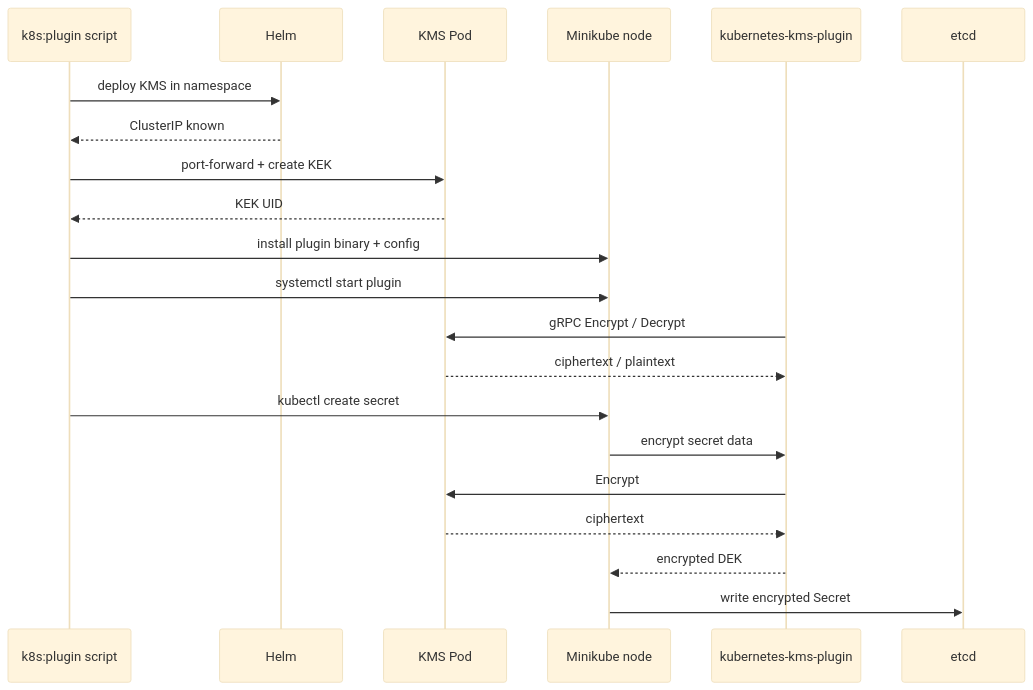
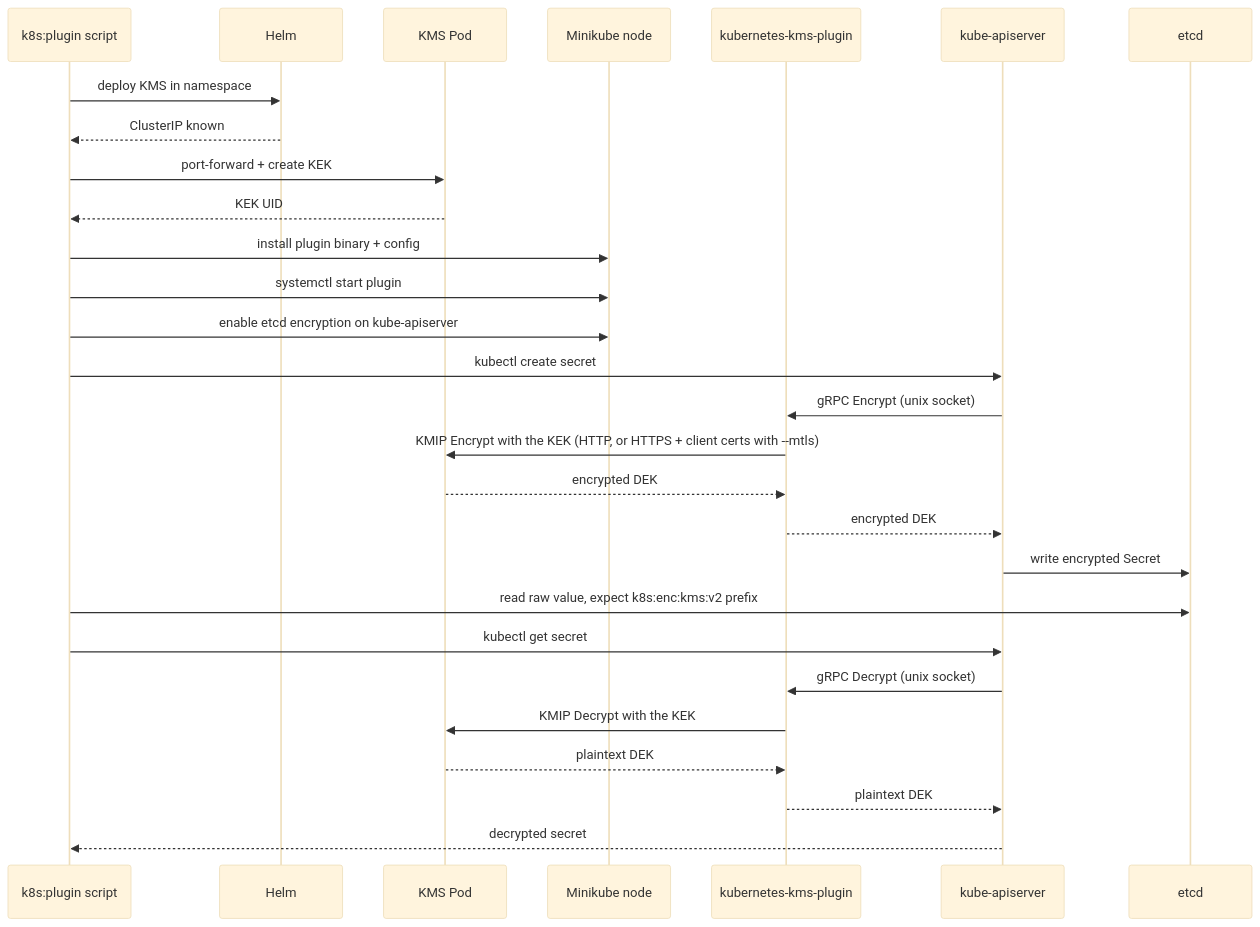
One commit to Cosmian/kms changed diagram 46 of 60 in .mise/tasks/test/README.md. Above: the diagram before and after it, drawn with Mermaid (base theme). The commit also changed other lines of this file and 31 other files, not shown here.

````diff
--- a/.mise/tasks/test/README.md
+++ b/.mise/tasks/test/README.md
@@ -1370,23 +1392,31 @@
 ```mermaid
 sequenceDiagram
     participant Test as k8s:plugin script
     participant Helm as Helm
     participant KMS as KMS Pod
     participant Node as Minikube node
     participant Plugin as kubernetes-kms-plugin
+    participant API as kube-apiserver
+    participant etcd as etcd
 
     Test->>Helm: deploy KMS in namespace
     Helm-->>Test: ClusterIP known
     Test->>KMS: port-forward + create KEK
     KMS-->>Test: KEK UID
     Test->>Node: install plugin binary + config
     Test->>Node: systemctl start plugin
-    Plugin->>KMS: gRPC Encrypt / Decrypt
-    KMS-->>Plugin: ciphertext / plaintext
-    Test->>Node: kubectl create secret
-    Node->>Plugin: encrypt secret data
-    Plugin->>KMS: Encrypt
-    KMS-->>Plugin: ciphertext
-    Plugin-->>Node: encrypted DEK
-    Node->>etcd: write encrypted Secret
+    Test->>Node: enable etcd encryption on kube-apiserver
+    Test->>API: kubectl create secret
+    API->>Plugin: gRPC Encrypt (unix socket)
+    Plugin->>KMS: KMIP Encrypt with the KEK (HTTP, or HTTPS + client certs with --mtls)
+    KMS-->>Plugin: encrypted DEK
+    Plugin-->>API: encrypted DEK
+    API->>etcd: write encrypted Secret
+    Test->>etcd: read raw value, expect k8s:enc:kms:v2 prefix
+    Test->>API: kubectl get secret
+    API->>Plugin: gRPC Decrypt (unix socket)
+    Plugin->>KMS: KMIP Decrypt with the KEK
+    KMS-->>Plugin: plaintext DEK
+    Plugin-->>API: plaintext DEK
+    API-->>Test: decrypted secret
 ```
````
